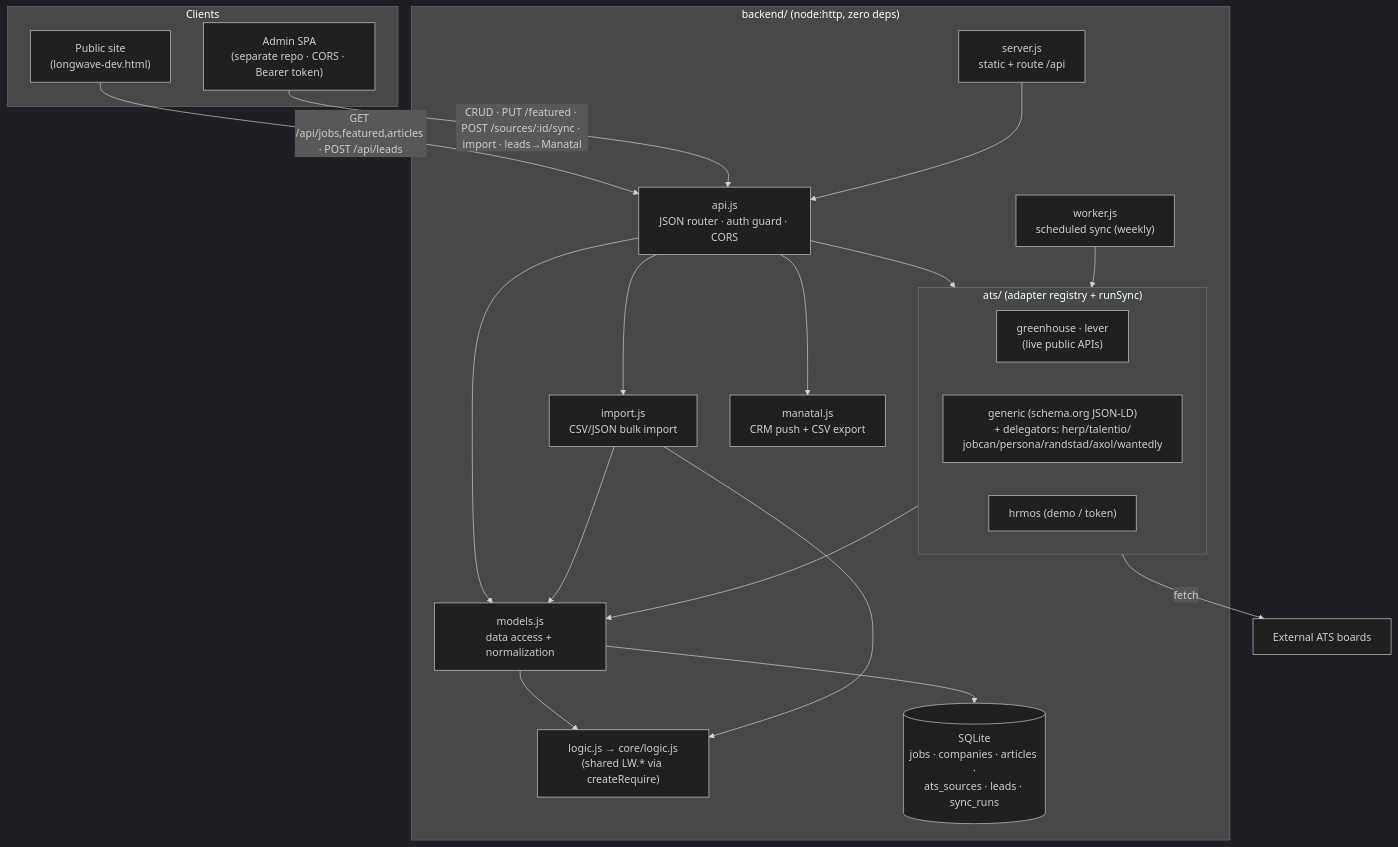
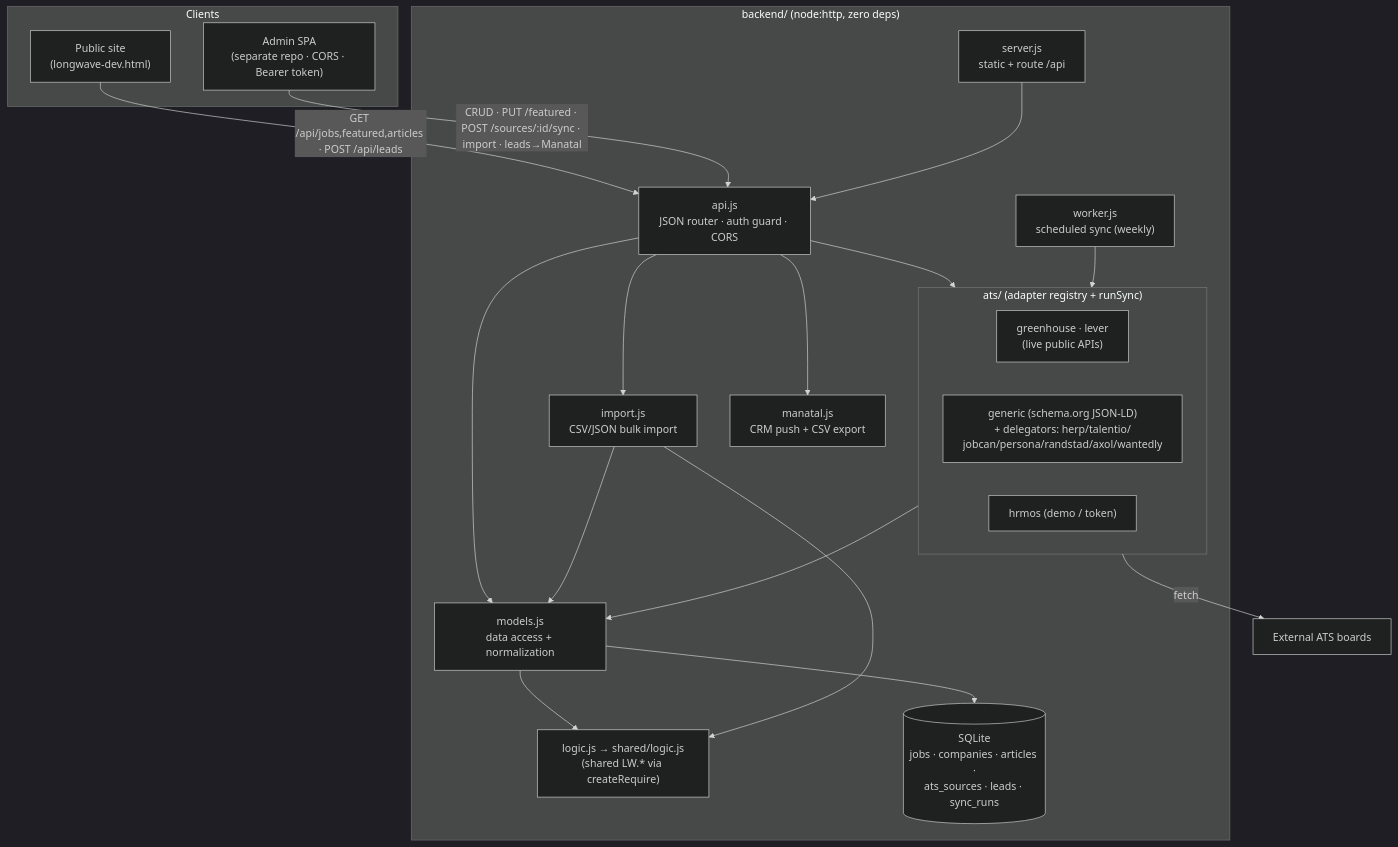
The third of 7 diagrams in docs/ARCHITECTURE.md (LongWave-Engineering/LongWave-Dev-POC), drawn with Mermaid (dark theme) before and after one commit. The commit also changed other lines of this file and 13 other files, not shown here.

First line of the commit message:
refactor: lift shared LW domain logic into shared/ (@longwave/logic)

````diff
--- a/docs/ARCHITECTURE.md
+++ b/docs/ARCHITECTURE.md
@@ -83,35 +83,35 @@
 ```mermaid
 flowchart TB
     subgraph clients["Clients"]
         site["Public site<br/>(longwave-dev.html)"]
         admin["Admin SPA<br/>(separate repo · CORS · Bearer token)"]
     end
     subgraph be["backend/ (node:http, zero deps)"]
         server["server.js<br/>static + route /api"]
         api["api.js<br/>JSON router · auth guard · CORS"]
         models["models.js<br/>data access + normalization"]
-        logic["logic.js → core/logic.js<br/>(shared LW.* via createRequire)"]
+        logic["logic.js → shared/logic.js<br/>(shared LW.* via createRequire)"]
         importer["import.js<br/>CSV/JSON bulk import"]
         manatal["manatal.js<br/>CRM push + CSV export"]
         subgraph ats["ats/ (adapter registry + runSync)"]
             live["greenhouse · lever<br/>(live public APIs)"]
             scrape["generic (schema.org JSON-LD)<br/>+ delegators: herp/talentio/<br/>jobcan/persona/randstad/axol/wantedly"]
             hrmos["hrmos (demo / token)"]
         end
         db[("SQLite<br/>jobs · companies · articles ·<br/>ats_sources · leads · sync_runs")]
         worker["worker.js<br/>scheduled sync (weekly)"]
     end
     extats["External ATS boards"]
 
     site -->|"GET /api/jobs,featured,articles · POST /api/leads"| api
     admin -->|"CRUD · PUT /featured · POST /sources/:id/sync · import · leads→Manatal"| api
     server --> api --> models --> db
     api --> importer --> models
     api --> manatal
     api --> ats
     worker --> ats
     ats -->|fetch| extats
     ats --> models
     models --> logic
     importer --> logic
 ```
````
